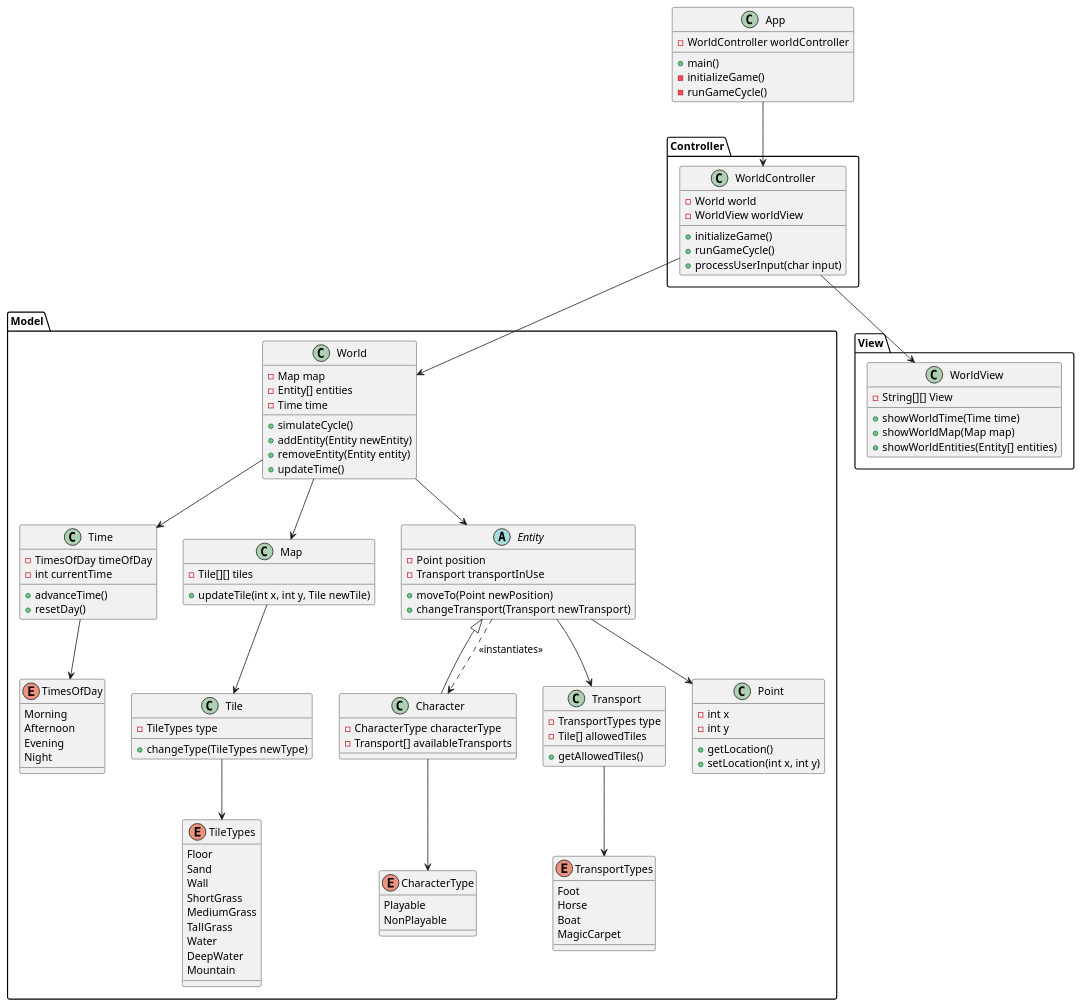
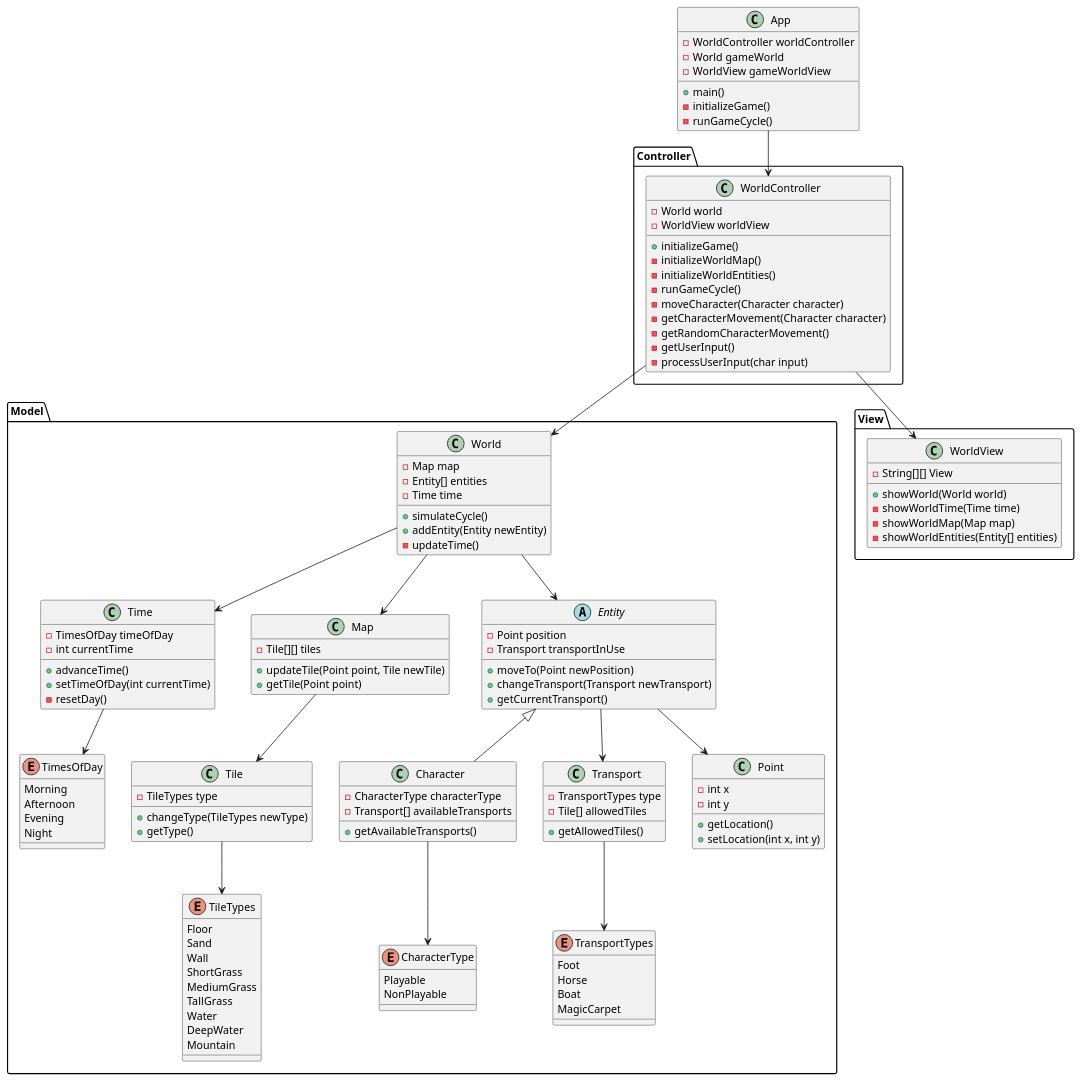
One commit to mmasias/23-24-IdSw2-SDD changed the diagram in docs/modelosUML/diagramaDeAplicacion.puml. Above: the diagram before and after it, drawn with PlantUML. The commit also changed 52 other files, not shown here.

Commit message:
feat: Added New Diagram and Refactored Cod

```diff
--- a/docs/modelosUML/diagramaDeAplicacion.puml
+++ b/docs/modelosUML/diagramaDeAplicacion.puml
@@ -1,138 +1,151 @@
 @startuml DiagramaDeAplicacion
 
 class App {
     - WorldController worldController
+    - World gameWorld
+    - WorldView gameWorldView
 
     + main()
     - initializeGame()
     - runGameCycle()
 }
 
 package "Model" {
     class World {
         - Map map
         - Entity[] entities
         - Time time
 
         + simulateCycle()
         + addEntity(Entity newEntity)
-        + removeEntity(Entity entity)
-        + updateTime()
+        - updateTime()
     }
 
     class Time {
         - TimesOfDay timeOfDay
         - int currentTime
 
         + advanceTime()
-        + resetDay()
+        + setTimeOfDay(int currentTime)
+        - resetDay()
     }
 
     class Map {
         - Tile[][] tiles
 
-        + updateTile(int x, int y, Tile newTile)
+        + updateTile(Point point, Tile newTile)
+        + getTile(Point point)
     }
 
     class Tile {
         - TileTypes type
 
         + changeType(TileTypes newType)
+        + getType() 
     }
 
     abstract class Entity {
         - Point position
         - Transport transportInUse
 
         + moveTo(Point newPosition)
         + changeTransport(Transport newTransport)
+        + getCurrentTransport()
     }
 
     class Character extends Entity {
         - CharacterType characterType
         - Transport[] availableTransports
+
+        + getAvailableTransports()
 
     }
 
     class Transport {
         - TransportTypes type
         - Tile[] allowedTiles
 
         + getAllowedTiles()
     }
 
     class Point {
         - int x
         - int y
 
         + getLocation()
         + setLocation(int x, int y)
     }
 
     enum TileTypes {
         Floor
         Sand
         Wall
         ShortGrass
         MediumGrass
         TallGrass
         Water
         DeepWater
         Mountain
     }
 
     enum TimesOfDay {
         Morning
         Afternoon
         Evening
         Night
     }
 
     enum TransportTypes {
         Foot
         Horse
         Boat
         MagicCarpet
     }
 
     enum CharacterType {
         Playable
         NonPlayable
     }
 }
 
 package "View" {
     class WorldView {
         - String[][] View
-        + showWorldTime(Time time)
-        + showWorldMap(Map map)
-        + showWorldEntities(Entity[] entities)
+        + showWorld(World world)
+        - showWorldTime(Time time)
+        - showWorldMap(Map map)
+        - showWorldEntities(Entity[] entities)
     }
 }
 
 package "Controller" {
     class WorldController {
         - World world
         - WorldView worldView
 
         + initializeGame()
-        + runGameCycle()
-        + processUserInput(char input)
+        - initializeWorldMap()
+        - initializeWorldEntities()
+        - runGameCycle()
+        - moveCharacter(Character character)
+        - getCharacterMovement(Character character)
+        - getRandomCharacterMovement()
+        - getUserInput()
+        - processUserInput(char input)
     }
 }
 
 World --> Map
 World --> Entity
 World --> Time
 Map --> Tile
 Tile --> TileTypes
 Entity --> Point
 Entity --> Transport
 Transport --> TransportTypes
 Time --> TimesOfDay
-Entity ..> Character : <<instantiates>>
 Character --> CharacterType
 WorldController --> World
 WorldController --> WorldView
 App --> WorldController
 @enduml
```
